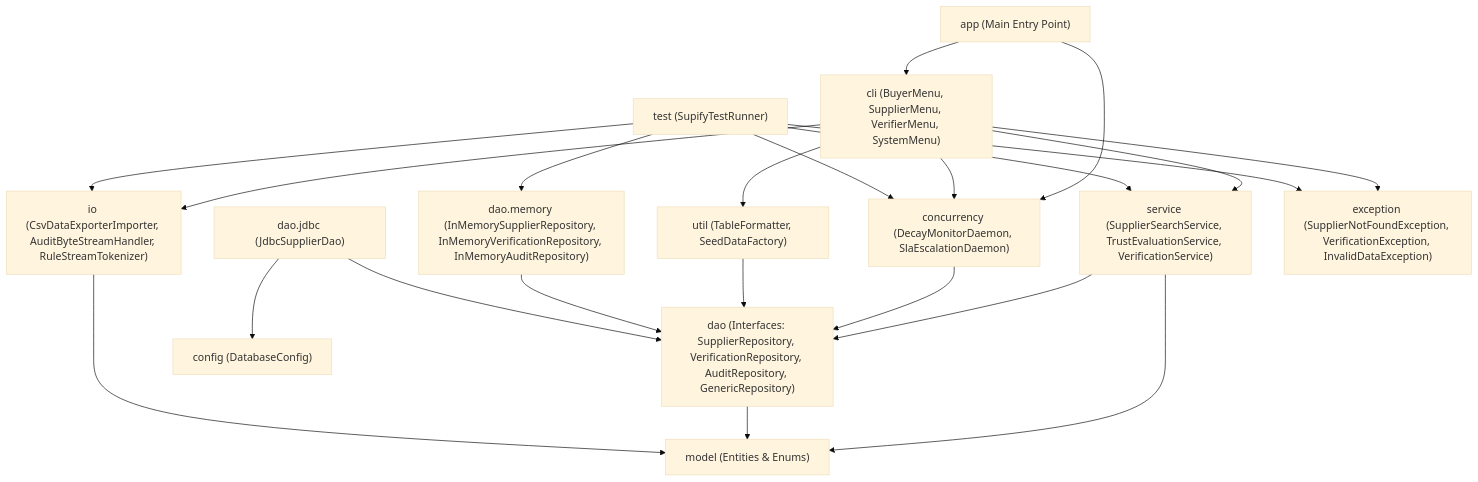
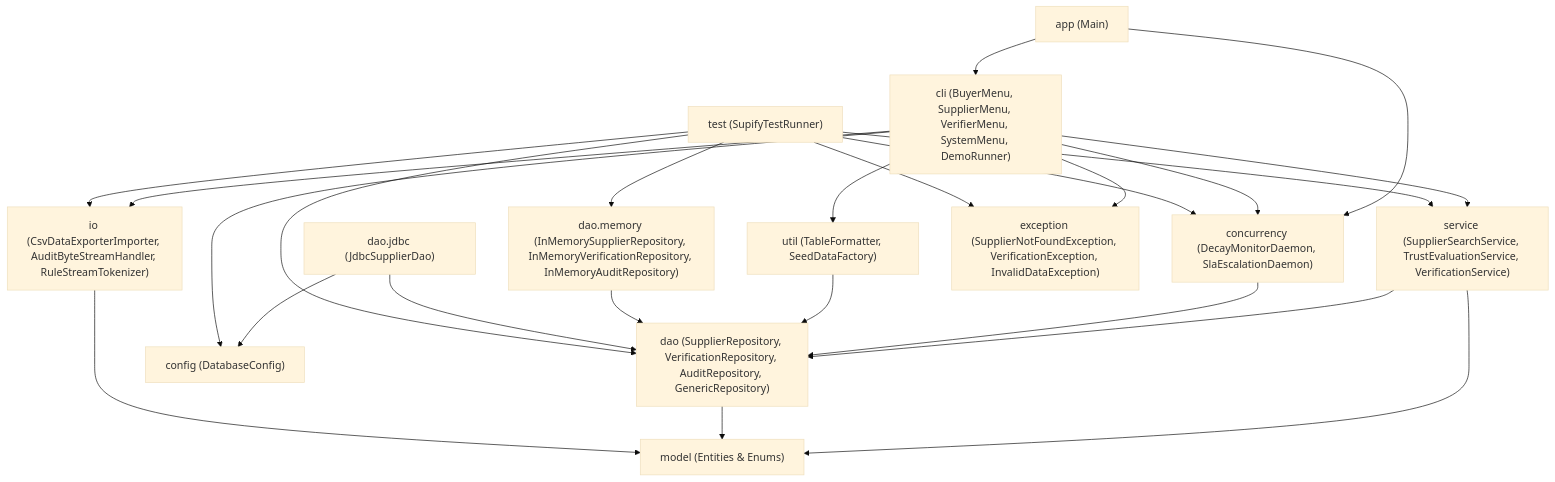
The first of 8 diagrams in docs/backend-architecture.md (ArchitSublok/supify), drawn with Mermaid (base theme) before and after one commit. The commit also changed other lines of this file, not shown here.

Commit message:
docs(backend): add CLI/concurrency UML class diagram and sync JDBC/DemoRunner docs

````diff
--- a/docs/backend-architecture.md
+++ b/docs/backend-architecture.md
@@ -12,28 +12,30 @@
 ```mermaid
 flowchart TD
-    APP["app (Main Entry Point)"] --> CLI["cli (BuyerMenu, SupplierMenu, VerifierMenu, SystemMenu)"]
+    APP["app (Main)"] --> CLI["cli (BuyerMenu, SupplierMenu, VerifierMenu, SystemMenu, DemoRunner)"]
     APP --> CONC["concurrency (DecayMonitorDaemon, SlaEscalationDaemon)"]
     CLI --> SVC["service (SupplierSearchService, TrustEvaluationService, VerificationService)"]
     CLI --> CONC
     CLI --> IO["io (CsvDataExporterImporter, AuditByteStreamHandler, RuleStreamTokenizer)"]
     CLI --> UTIL["util (TableFormatter, SeedDataFactory)"]
 
-    SVC --> DAO["dao (Interfaces: SupplierRepository, VerificationRepository, AuditRepository, GenericRepository)"]
+    SVC --> DAO["dao (SupplierRepository, VerificationRepository, AuditRepository, GenericRepository)"]
     CONC --> DAO
     UTIL --> DAO
 
     MEM["dao.memory (InMemorySupplierRepository, InMemoryVerificationRepository, InMemoryAuditRepository)"] --> DAO
     JDBC["dao.jdbc (JdbcSupplierDao)"] --> DAO
     JDBC --> CFG["config (DatabaseConfig)"]
+    CLI --> CFG
 
     CLI --> EXC["exception (SupplierNotFoundException, VerificationException, InvalidDataException)"]
     SVC --> MODEL["model (Entities & Enums)"]
     DAO --> MODEL
     IO --> MODEL
 
     TEST["test (SupifyTestRunner)"] --> SVC
     TEST --> CONC
     TEST --> IO
     TEST --> MEM
     TEST --> EXC
+    TEST --> DAO
 ```
````
